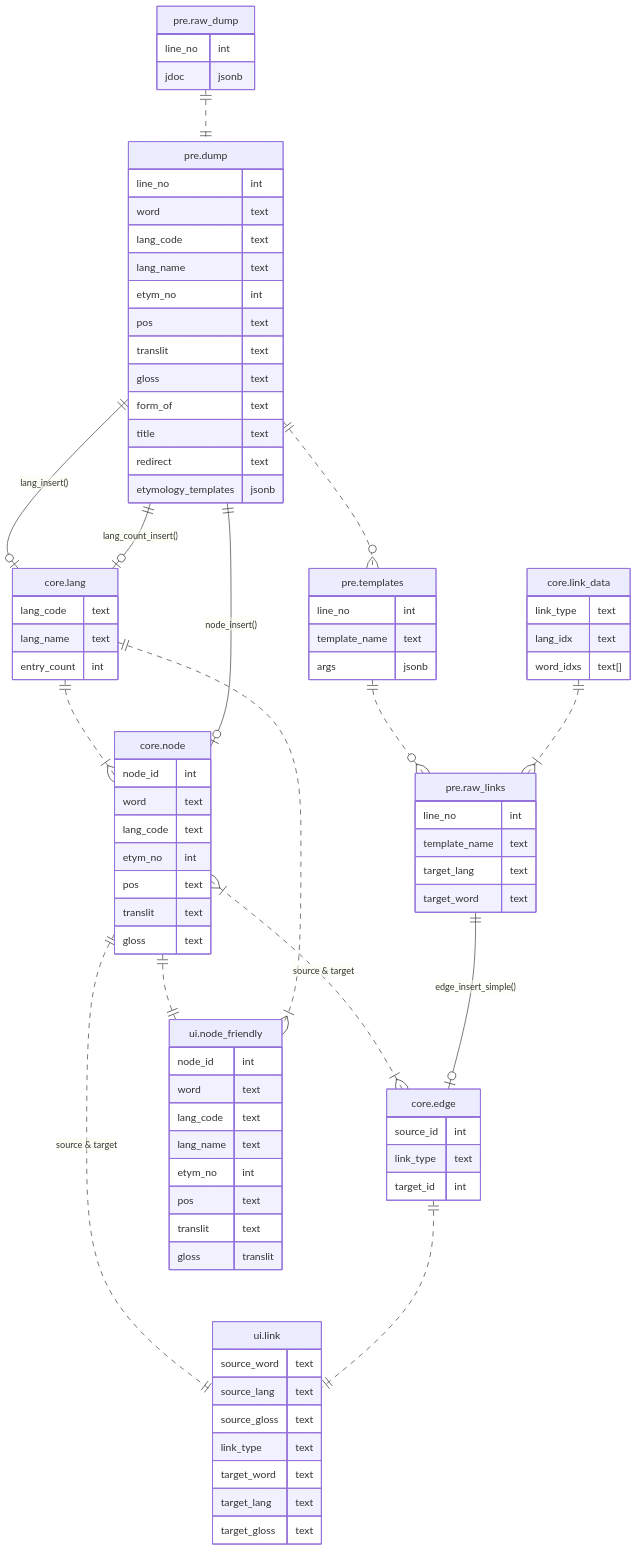
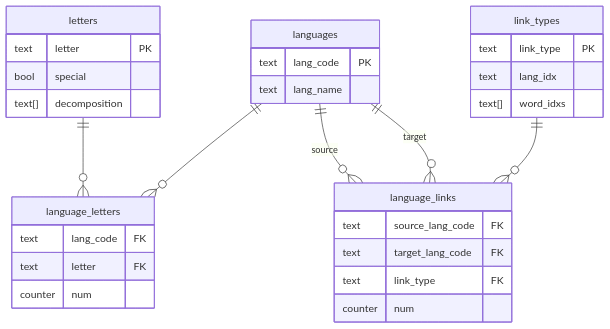
Before and after one commit to mihnea-mihai/etyviz: the diagram in db.md, drawn with Mermaid. The commit also changed other lines of this file and 1076 other files, not shown here.

````diff
--- a/db.md
+++ b/db.md
@@ -34,105 +1,42 @@
 ```mermaid
 erDiagram
-    RAW_DUMP["pre.raw_dump"] {
-        line_no int
-        jdoc jsonb
+    languages {
+        text lang_code PK
+        text lang_name
     }
 
-    DUMP["pre.dump"] {
-        line_no int
-        word text
-        lang_code text
-        lang_name text
-        etym_no int
-        pos text
-        translit text
-        gloss text
-        form_of text
-        title text
-        redirect text
-        etymology_templates jsonb
+    letters {
+        text letter PK
+        bool special
+        text[] decomposition
     }
 
-    TEMPLATES["pre.templates"] {
-        line_no int
-        template_name text
-        args jsonb
+    language_letters {
+        text lang_code FK
+        text letter FK
+        counter num
     }
 
-    RAW_LINKS["pre.raw_links"] {
-        line_no int
-        template_name text
-        target_lang text
-        target_word text
+    letters ||--o{ language_letters : ""
+    languages ||--o{ language_letters : ""
+
+    language_links {
+        text source_lang_code FK
+        text target_lang_code FK
+        text link_type FK
+        counter num
     }
 
-    RAW_DUMP ||..|| DUMP : ""
-    DUMP ||..o{ TEMPLATES : ""
-    TEMPLATES ||..o{ RAW_LINKS : ""
-
-    LANG["core.lang"] {
-        lang_code text
-        lang_name text
-        entry_count int
+    link_types {
+        text link_type PK
+        text lang_idx
+        text[] word_idxs
     }
 
-    NODE["core.node"] {
-        node_id int
-        word text
-        lang_code text
-        etym_no int
-        pos text
-        translit text
-        gloss text
-    }
 
-    LINK_DATA["core.link_data"] {
-        link_type text
-        lang_idx text
-        word_idxs text[]
-    }
+    languages ||--o{ language_links : "source"
+    languages ||--o{ language_links : "target"
+    link_types ||--o{ language_links : ""
 
-    EDGE["core.edge"] {
-        source_id int
-        link_type text
-        target_id int
-    }
-
-    LANG ||..|{ NODE : ""
-    NODE }|..|{ EDGE : "source & target"
-
-    DUMP ||--o| LANG : "lang_insert()"
-    DUMP ||--o| LANG : "lang_count_insert()"
-    DUMP ||--o| NODE : "node_insert()"
-
-    RAW_LINKS ||--o| EDGE : "edge_insert_simple()"
-    LINK_DATA ||..|{ RAW_LINKS : ""
-
-    NODE_FRIENDLY["ui.node_friendly"] {
-        node_id int
-        word text
-        lang_code text
-        lang_name text
-        etym_no int
-        pos text
-        translit text
-        gloss translit
-    }
-
-    NODE ||..|| NODE_FRIENDLY : ""
-    LANG ||..|{ NODE_FRIENDLY : ""
-
-    LINK["ui.link"] {
-        source_word text
-        source_lang text
-        source_gloss text
-        link_type text
-        target_word text
-        target_lang text
-        target_gloss text
-    }
-
-    NODE ||..|| LINK : "source & target"
-    EDGE ||..|| LINK : ""
 
 ```
````
